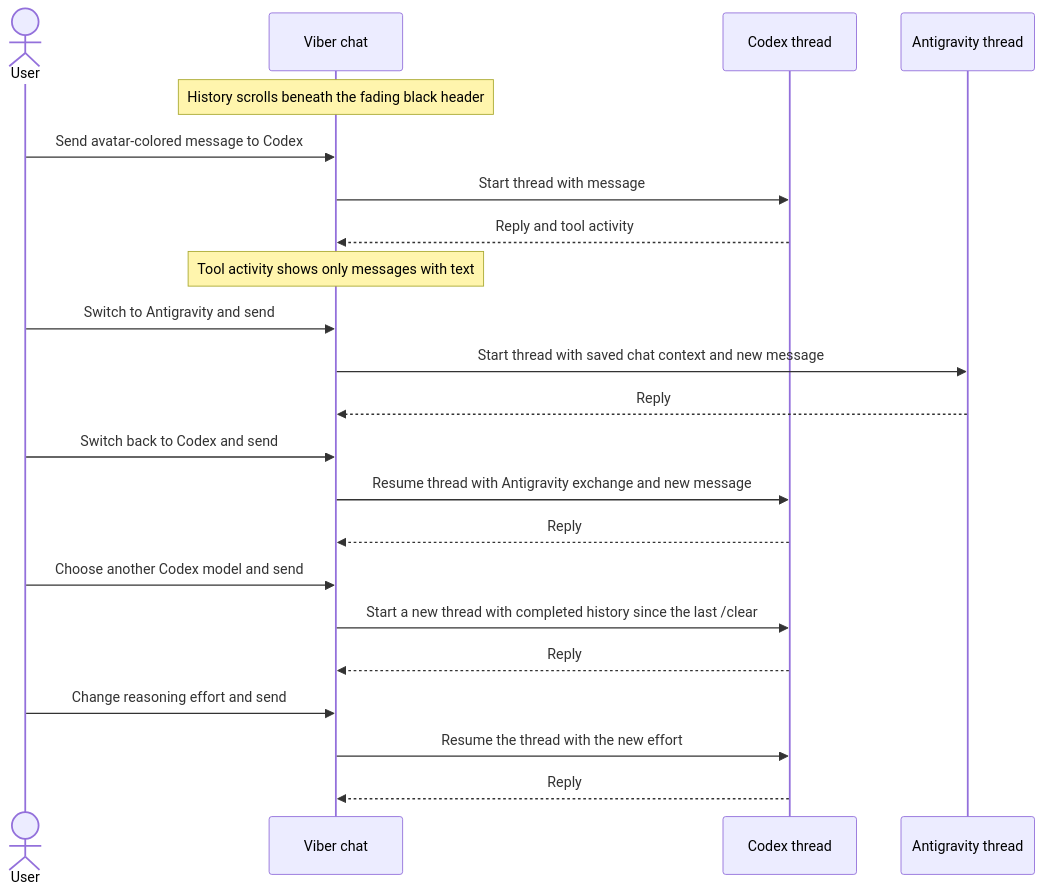
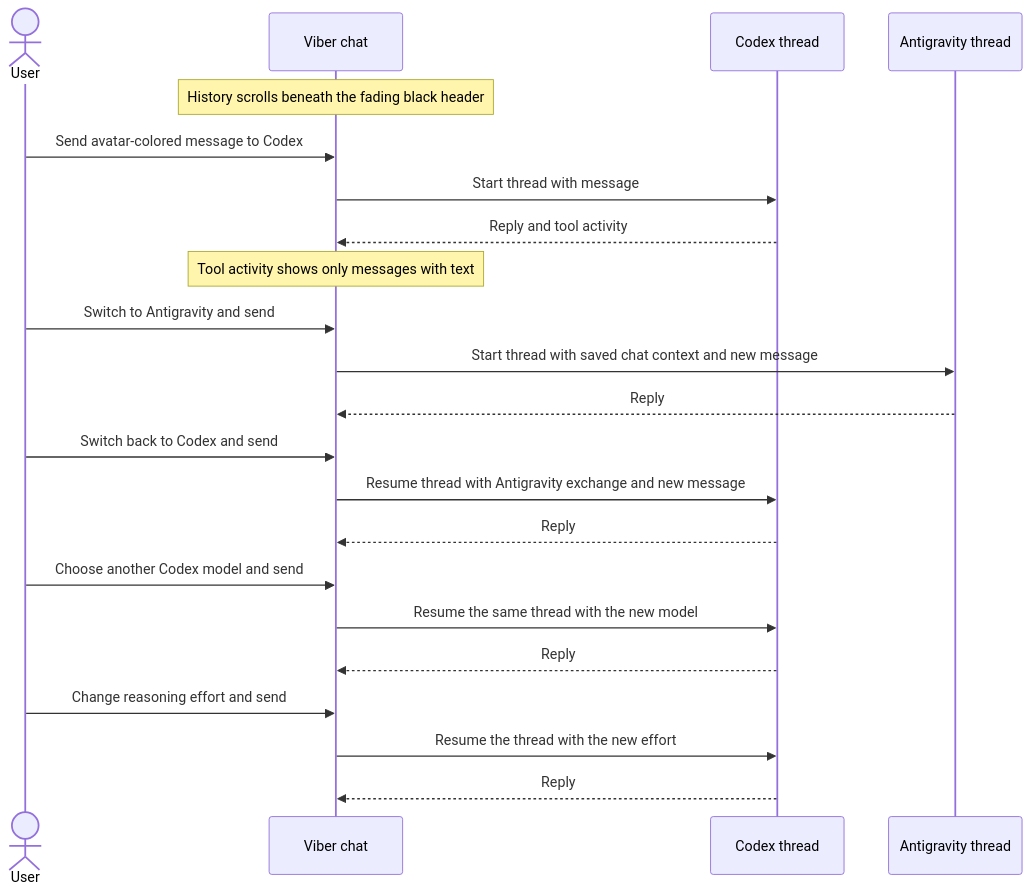
Before and after one commit to akshajrawat/akkco-vibestar: the diagram in FEATUREMAP.md, drawn with Mermaid. The commit also changed 14 other files, not shown here.

````diff
--- a/FEATUREMAP.md
+++ b/FEATUREMAP.md
@@ -1,25 +1,25 @@
 ```mermaid
 sequenceDiagram
     actor User
     participant Chat as Viber chat
     participant Codex as Codex thread
     participant AGY as Antigravity thread
 
     Note over Chat: History scrolls beneath the fading black header
     User->>Chat: Send avatar-colored message to Codex
     Chat->>Codex: Start thread with message
     Codex-->>Chat: Reply and tool activity
     Note over Chat: Tool activity shows only messages with text
     User->>Chat: Switch to Antigravity and send
     Chat->>AGY: Start thread with saved chat context and new message
     AGY-->>Chat: Reply
     User->>Chat: Switch back to Codex and send
     Chat->>Codex: Resume thread with Antigravity exchange and new message
     Codex-->>Chat: Reply
     User->>Chat: Choose another Codex model and send
-    Chat->>Codex: Start a new thread with completed history since the last /clear
+    Chat->>Codex: Resume the same thread with the new model
     Codex-->>Chat: Reply
     User->>Chat: Change reasoning effort and send
     Chat->>Codex: Resume the thread with the new effort
     Codex-->>Chat: Reply
 ```
````
